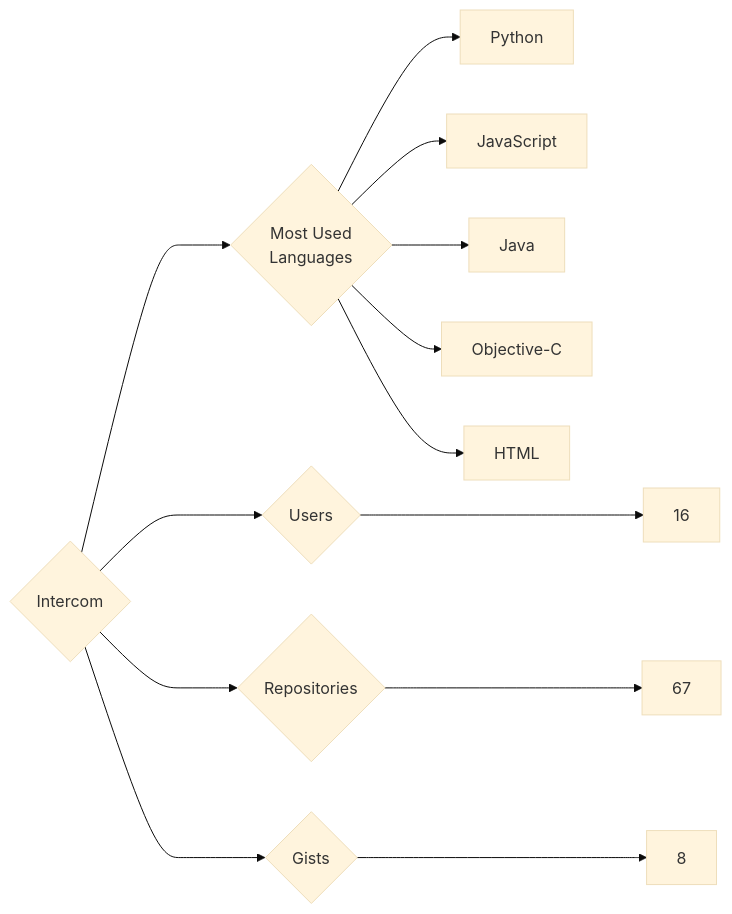
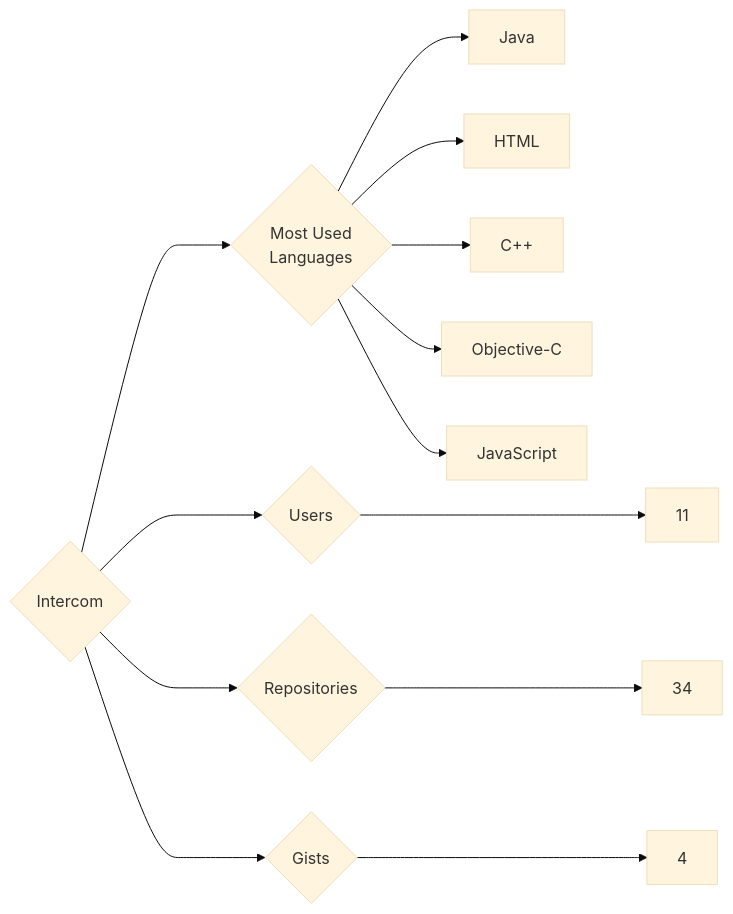
The diagram in targets/Intercom/README.md (trickest/insiders), drawn with Mermaid (base theme) before and after one commit. The commit also changed 1084 other files, not shown here.

````diff
--- a/targets/Intercom/README.md
+++ b/targets/Intercom/README.md
@@ -3,13 +3,13 @@
 ```mermaid
 graph LR
 COMPANY_NAME{Intercom}
-COMPANY_NAME ---> U{Users} ---> UN[16]
-COMPANY_NAME ---> R{Repositories} ---> RN[67]
-COMPANY_NAME ---> G{Gists} ---> GN[8]
+COMPANY_NAME ---> U{Users} ---> UN[11]
+COMPANY_NAME ---> R{Repositories} ---> RN[34]
+COMPANY_NAME ---> G{Gists} ---> GN[4]
 COMPANY_NAME ---> ML{Most Used<br>Languages}
-ML --> Python[Python]
+ML --> Java[Java]
+ML --> HTML[HTML]
+ML --> C++[C++]
+ML --> Objective-C[Objective-C]
 ML --> JavaScript[JavaScript]
-ML --> Java[Java]
-ML --> Objective-C[Objective-C]
-ML --> HTML[HTML]
 ```
````
